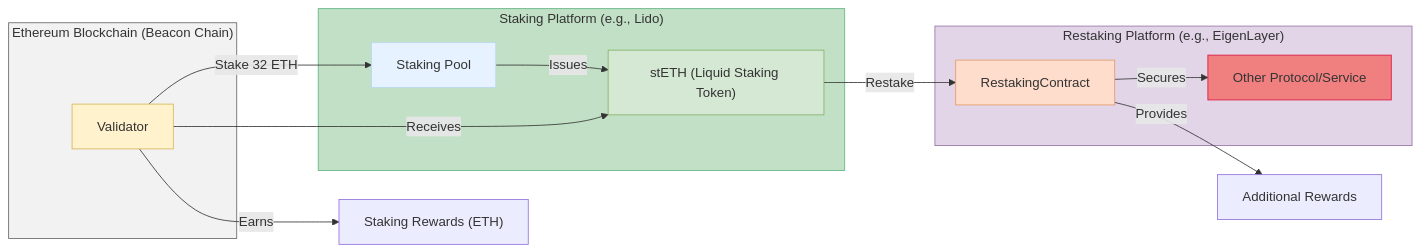
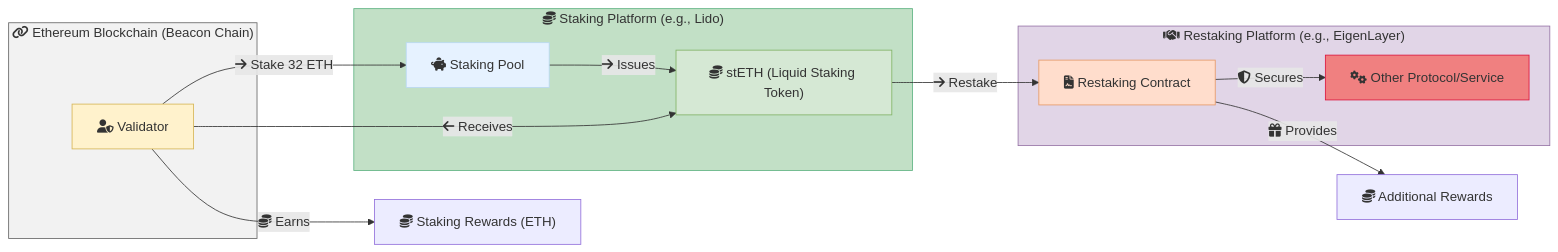
Before and after one commit to HuyCuongBuiCong/blockchain-for-dummies: diagram 12 of 25 in readme.md, drawn with Mermaid. The commit also changed other lines of this file, not shown here.

````diff
--- a/readme.md
+++ b/readme.md
@@ -335,35 +426,38 @@
 ```mermaid
 graph LR
-subgraph EthereumBlockchain["Ethereum Blockchain (Beacon Chain)"]
-    style EthereumBlockchain fill:#F2F2F2,stroke:#666666
-    Validator["Validator"]
-    style Validator fill:#FFF2CC,stroke:#D6B656
-end
+    classDef network fill:#f0f0f0,stroke:#333,stroke-width:2px;
 
-subgraph StakingPlatform["Staking Platform (e.g., Lido)"]
-    style StakingPlatform fill:#C2E0C6,stroke:#5FB483
-    StakingPool["Staking Pool"]
-    style StakingPool fill:#E6F2FF,stroke:#B8D8F2
-    stETH["stETH (Liquid Staking Token)"]
-    style stETH fill:#D5E8D4,stroke:#82B366
-end
+    subgraph EthereumBlockchain["fa:fa-link Ethereum Blockchain (Beacon Chain)"]
+        style EthereumBlockchain fill:#F2F2F2,stroke:#666666
+        Validator["fa:fa-user-shield Validator"]
+        style Validator fill:#FFF2CC,stroke:#D6B656
+    end
 
-subgraph RestakingPlatform["Restaking Platform (e.g., EigenLayer)"]
-    style RestakingPlatform fill:#E1D5E7,stroke:#9673A6
-    RestakingContract
-    style RestakingContract fill:#FFDDCC,stroke:#E69966
-    OtherProtocol["Other Protocol/Service"]
-    style OtherProtocol fill:#F08080,stroke:#DC143C
-end
+    subgraph StakingPlatform["fa:fa-coins Staking Platform (e.g., Lido)"]
+        style StakingPlatform fill:#C2E0C6,stroke:#5FB483
+        StakingPool["fa:fa-piggy-bank Staking Pool"]
+        style StakingPool fill:#E6F2FF,stroke:#B8D8F2
+        stETH["fa:fa-coins stETH (Liquid Staking Token)"]
+        style stETH fill:#D5E8D4,stroke:#82B366
+    end
 
-Validator -- "Stake 32 ETH" --> StakingPool
-StakingPool -- "Issues" --> stETH
-Validator -- "Receives" --> stETH
+    subgraph RestakingPlatform["fa:fa-handshake Restaking Platform (e.g., EigenLayer)"]
+        style RestakingPlatform fill:#E1D5E7,stroke:#9673A6
+        RestakingContract["fa:fa-file-contract Restaking Contract"]
+        style RestakingContract fill:#FFDDCC,stroke:#E69966
+        OtherProtocol["fa:fa-cogs Other Protocol/Service"]
+        style OtherProtocol fill:#F08080,stroke:#DC143C
+    end
 
-stETH -- "Restake" --> RestakingContract
-RestakingContract -- "Secures" --> OtherProtocol
-RestakingContract -- "Provides" --> AdditionalRewards["Additional Rewards"]
+    Validator -- "fa:fa-arrow-right Stake 32 ETH" --> StakingPool
+    StakingPool -- "fa:fa-arrow-right Issues" --> stETH
+    Validator -- "fa:fa-arrow-left Receives" --> stETH
 
-Validator -- "Earns" --> StakingRewards["Staking Rewards (ETH)"]
+    stETH -- "fa:fa-arrow-right Restake" --> RestakingContract
+    RestakingContract -- "fa:fa-shield-alt Secures" --> OtherProtocol
+    RestakingContract -- "fa:fa-gift Provides" --> AdditionalRewards["fa:fa-coins Additional Rewards"]
+
+    Validator -- "fa:fa-coins Earns" --> StakingRewards["fa:fa-coins Staking Rewards (ETH)"]
+
 
 ```
````
